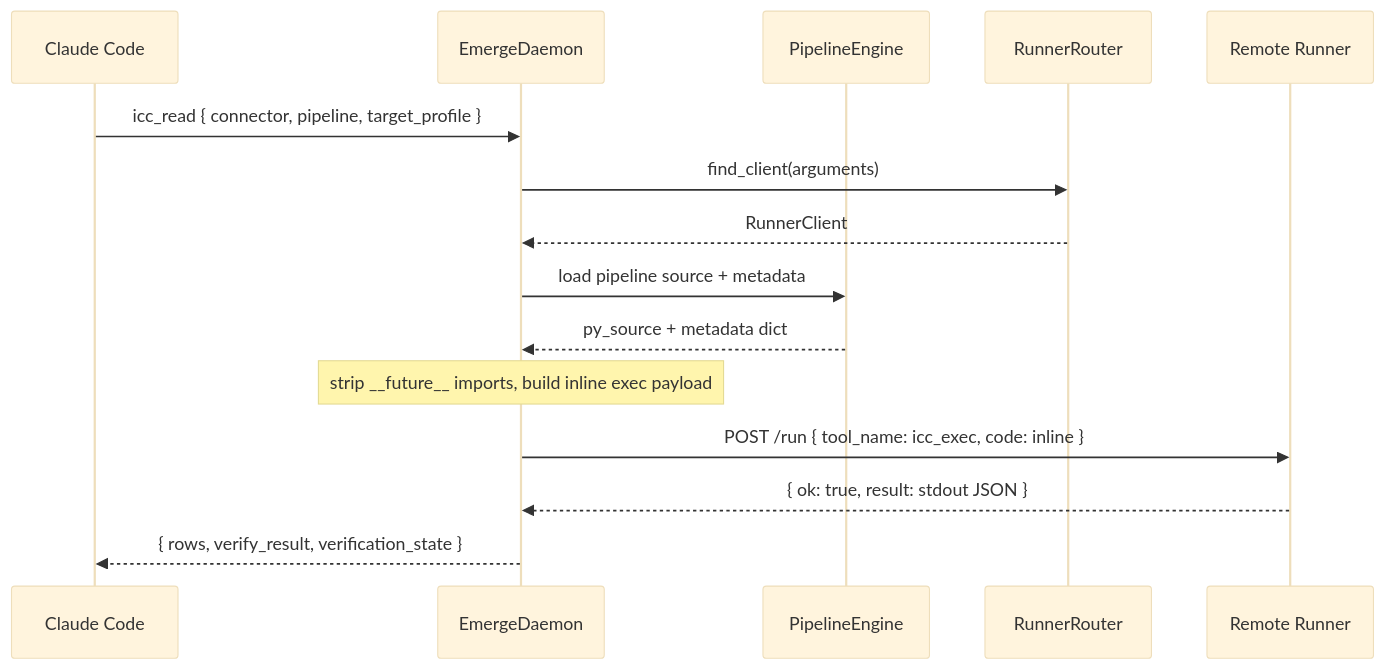
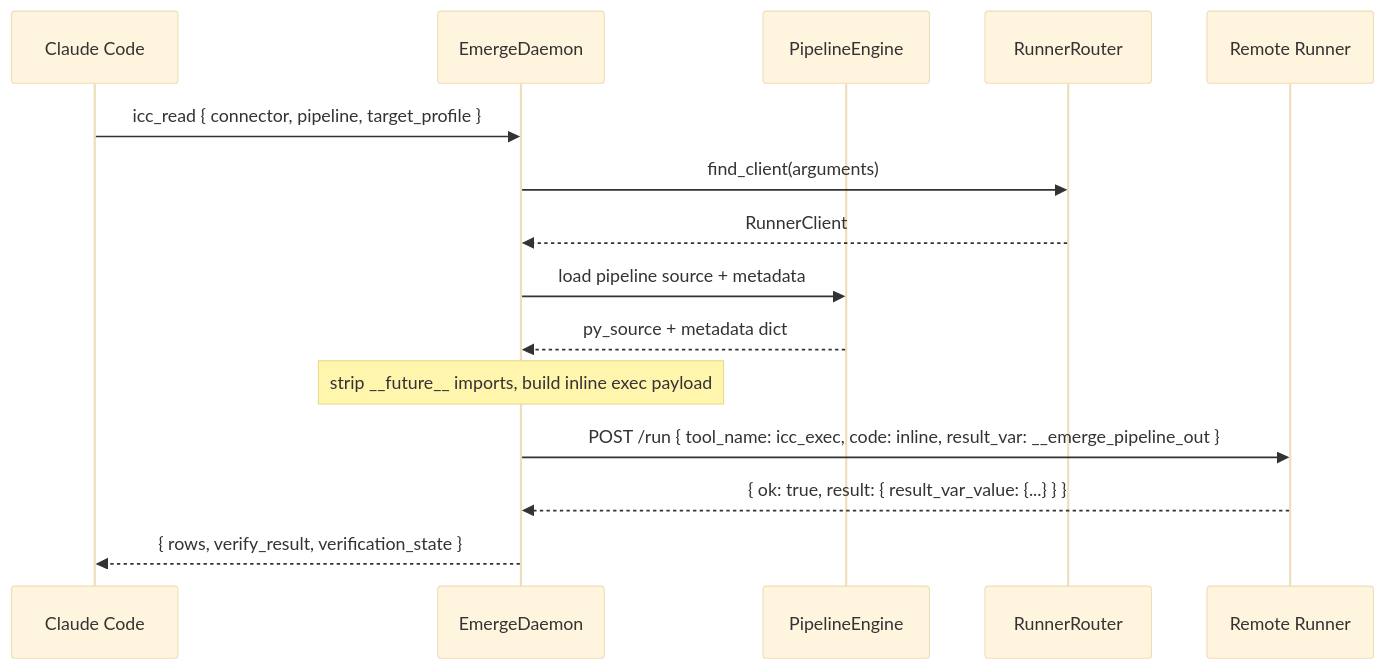
One commit to jianzhichun/emerge changed the third of 4 diagrams in README.md. Above: the diagram before and after it, drawn with Mermaid (base theme). The commit also changed other lines of this file and 24 other files, not shown here.

````diff
--- a/README.md
+++ b/README.md
@@ -106,18 +108,18 @@
 ```mermaid
 sequenceDiagram
   participant CC as Claude Code
   participant D as EmergeDaemon
   participant PE as PipelineEngine
   participant RR as RunnerRouter
   participant R as Remote Runner
 
   CC->>D: icc_read { connector, pipeline, target_profile }
   D->>RR: find_client(arguments)
   RR-->>D: RunnerClient
   D->>PE: load pipeline source + metadata
   PE-->>D: py_source + metadata dict
   Note over D: strip __future__ imports, build inline exec payload
-  D->>R: POST /run { tool_name: icc_exec, code: inline }
-  R-->>D: { ok: true, result: stdout JSON }
+  D->>R: POST /run { tool_name: icc_exec, code: inline, result_var: __emerge_pipeline_out }
+  R-->>D: { ok: true, result: { result_var_value: {...} } }
   D-->>CC: { rows, verify_result, verification_state }
 ```
````
